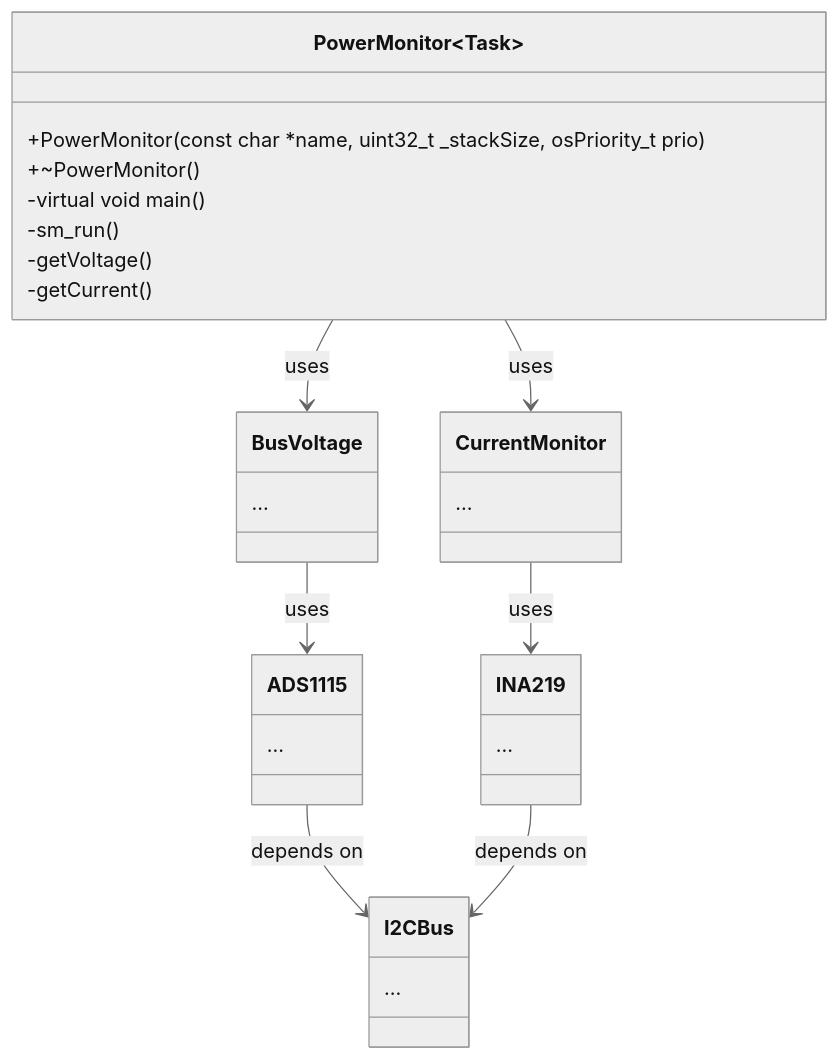
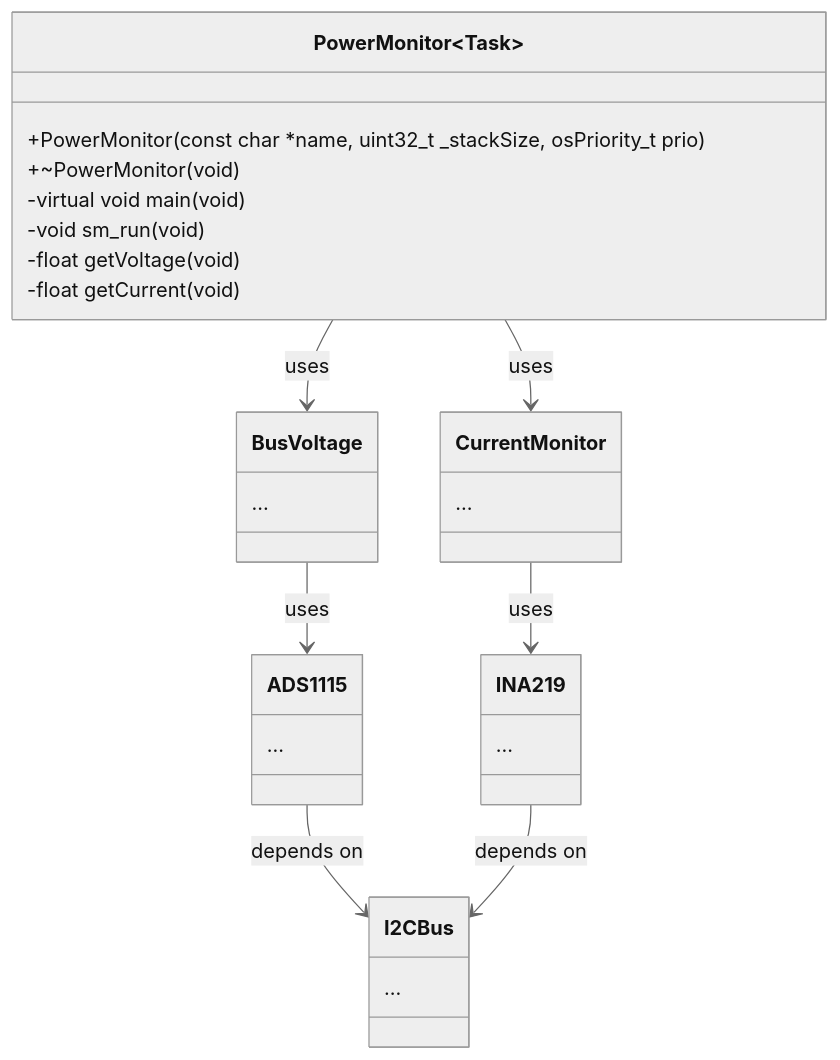
Before and after one commit to hquiroz-1988/esp: the second of 6 diagrams in solar_panel/Documents/AppNotes/PowerMonitor.md, drawn with Mermaid (neutral theme).

Commit message:
- adding arguments and return values to power monitor methods

````diff
--- a/solar_panel/Documents/AppNotes/PowerMonitor.md
+++ b/solar_panel/Documents/AppNotes/PowerMonitor.md
@@ -62,34 +62,34 @@
 ```mermaid
 classDiagram
     class PowerMonitor~Task~{
         +PowerMonitor(const char *name, uint32_t _stackSize, osPriority_t prio)
-        +~PowerMonitor()
-        -virtual void main()
-        -sm_run()
-        -getVoltage()
-        -getCurrent()
+        +~PowerMonitor(void)
+        -virtual void main(void)
+        -void sm_run(void)
+        -float getVoltage(void)
+        -float getCurrent(void)
     }
     class BusVoltage {
         ...
     }
 
     class CurrentMonitor {
         ...
     }
     class ADS1115 {
         ...
     }
     class INA219 {
         ...
     }
     class I2CBus {
         ...
     }
 
     PowerMonitor --> BusVoltage : uses
     PowerMonitor --> CurrentMonitor : uses
     BusVoltage --> ADS1115 : uses
     CurrentMonitor --> INA219 : uses
     ADS1115 --> I2CBus : depends on
     INA219 --> I2CBus : depends on
 ```
````
